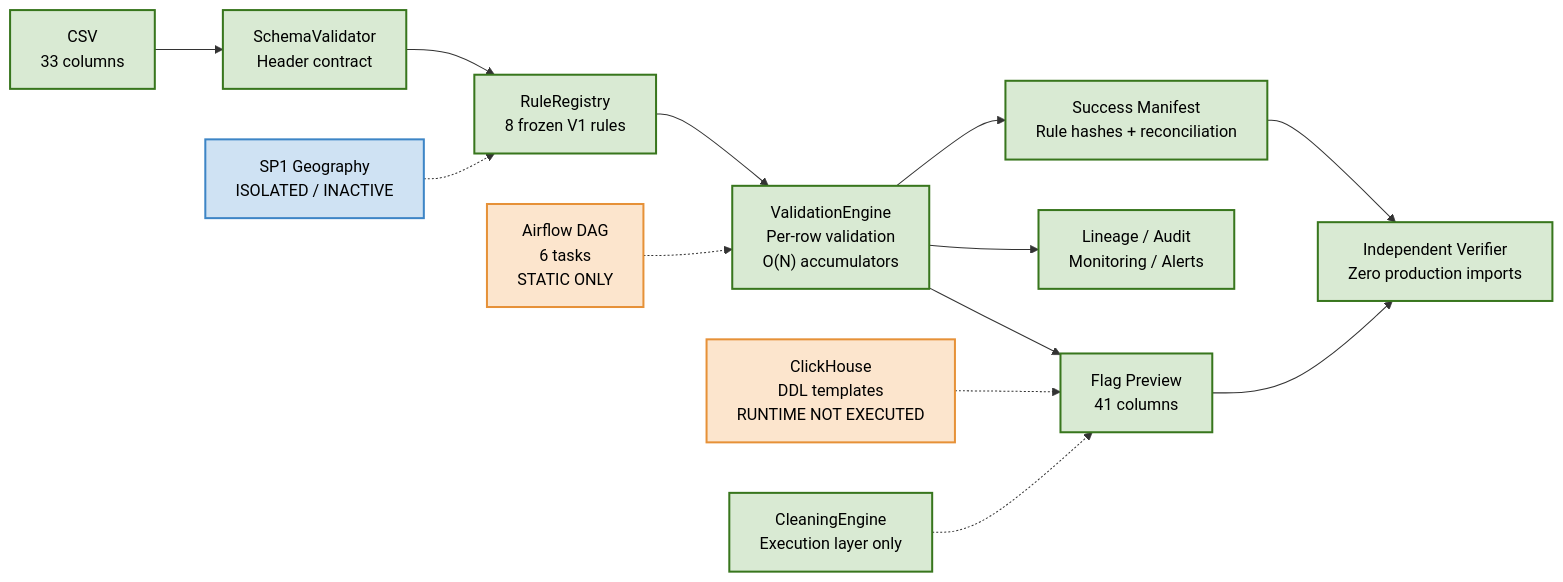
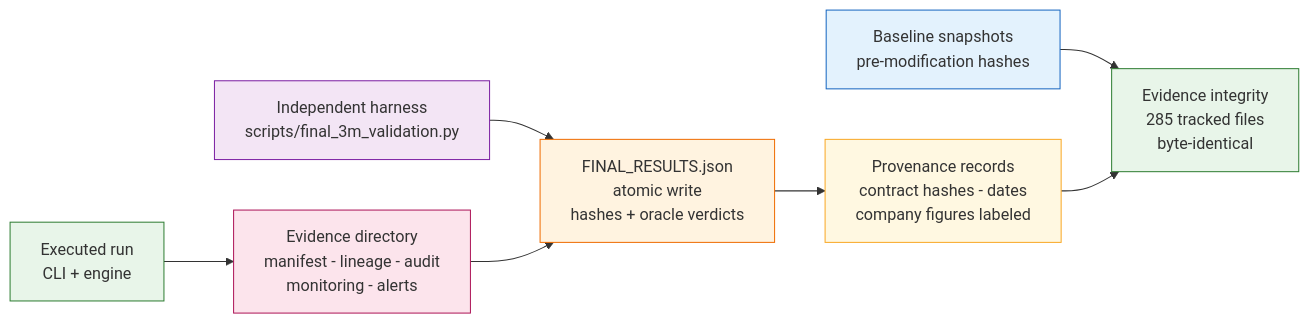
One commit to aladdinoo/Data-Quality-Validation-Platform-v2 changed the fifth of 5 diagrams in README.md. Above: the diagram before and after it, drawn with Mermaid. The commit also changed other lines of this file and 28 other files, not shown here.

First line of the commit message:
Final 3M validation + Gulnara alignment + hardening + README (2026-09-10)

````diff
--- a/README.md
+++ b/README.md
@@ -441,33 +380,16 @@
 ```mermaid
 flowchart LR
-    A["CSV<br/>33 columns"]
-    B["SchemaValidator<br/>Header contract"]
-    C["RuleRegistry<br/>8 frozen V1 rules"]
-    D["ValidationEngine<br/>Per-row validation<br/>O(N) accumulators"]
-    E["Flag Preview<br/>41 columns"]
-    F["Lineage / Audit<br/>Monitoring / Alerts"]
-    G["Success Manifest<br/>Rule hashes + reconciliation"]
-    H["Independent Verifier<br/>Zero production imports"]
-    A --> B
-    B --> C
-    C --> D
-    D --> E
-    D --> F
-    D --> G
-    E --> H
-    G --> H
-    I["Airflow DAG<br/>6 tasks<br/>STATIC ONLY"]
-    J["ClickHouse<br/>DDL templates<br/>RUNTIME NOT EXECUTED"]
-    K["SP1 Geography<br/>ISOLATED / INACTIVE"]
-    L["CleaningEngine<br/>Execution layer only"]
-    I -.-> D
-    J -.-> E
-    K -.-> C
-    L -.-> E
-    classDef core fill:#d9ead3,stroke:#38761d,stroke-width:2px,color:#000;
-    classDef boundary fill:#fce5cd,stroke:#e69138,stroke-width:2px,color:#000;
-    classDef isolated fill:#cfe2f3,stroke:#3d85c6,stroke-width:2px,color:#000;
-    class A,B,C,D,E,F,G,H,L core;
-    class I,J boundary;
-    class K isolated;
+    RUN[Executed run<br/>CLI + engine] --> EV[Evidence directory<br/>manifest - lineage - audit<br/>monitoring - alerts]
+    SCRIPT[Independent harness<br/>scripts/final_3m_validation.py] --> FINAL[FINAL_RESULTS.json<br/>atomic write<br/>hashes + oracle verdicts]
+    EV --> FINAL
+    FINAL --> PROV[Provenance records<br/>contract hashes - dates<br/>company figures labeled]
+    BASE[Baseline snapshots<br/>pre-modification hashes] --> VERIFY[Evidence integrity<br/>285 tracked files<br/>byte-identical]
+    PROV --> VERIFY
+    style RUN fill:#E8F5E9,stroke:#2E7D32
+    style EV fill:#FCE4EC,stroke:#AD1457
+    style SCRIPT fill:#F3E5F5,stroke:#7B1FA2
+    style FINAL fill:#FFF3E0,stroke:#EF6C00
+    style PROV fill:#FFF8E1,stroke:#F9A825
+    style BASE fill:#E3F2FD,stroke:#1565C0
+    style VERIFY fill:#E8F5E9,stroke:#2E7D32
 ```
````
